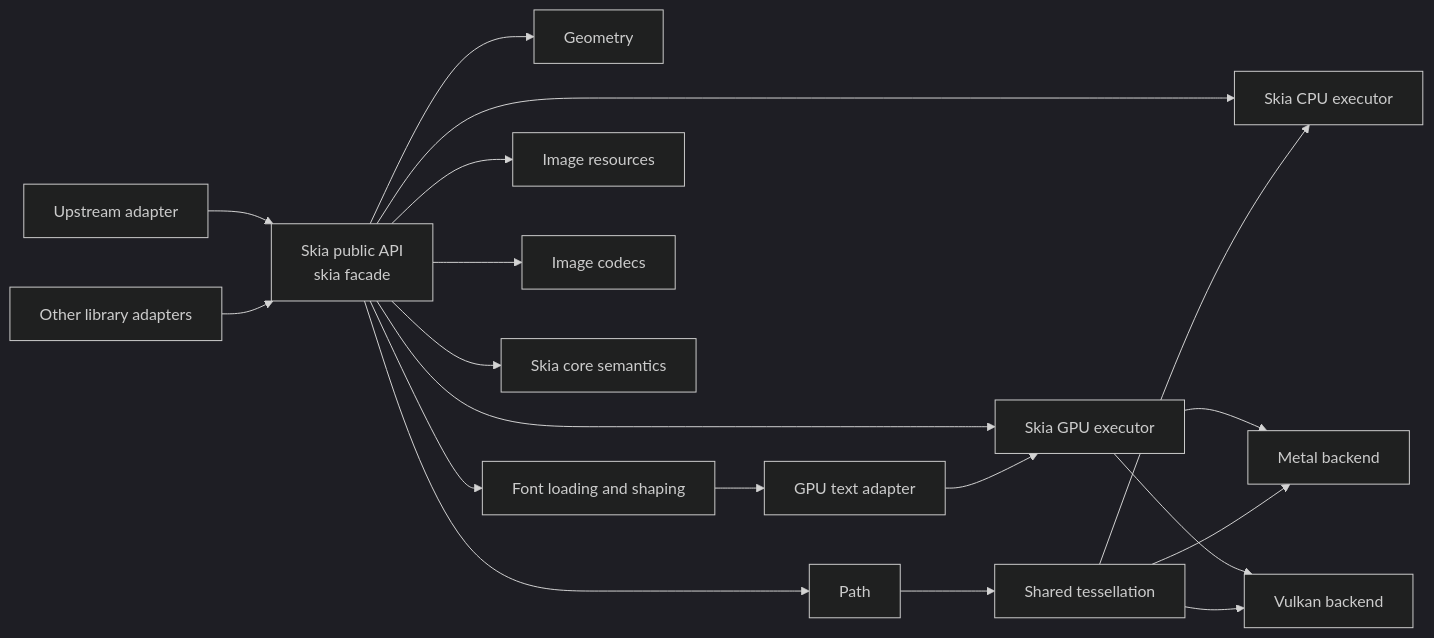
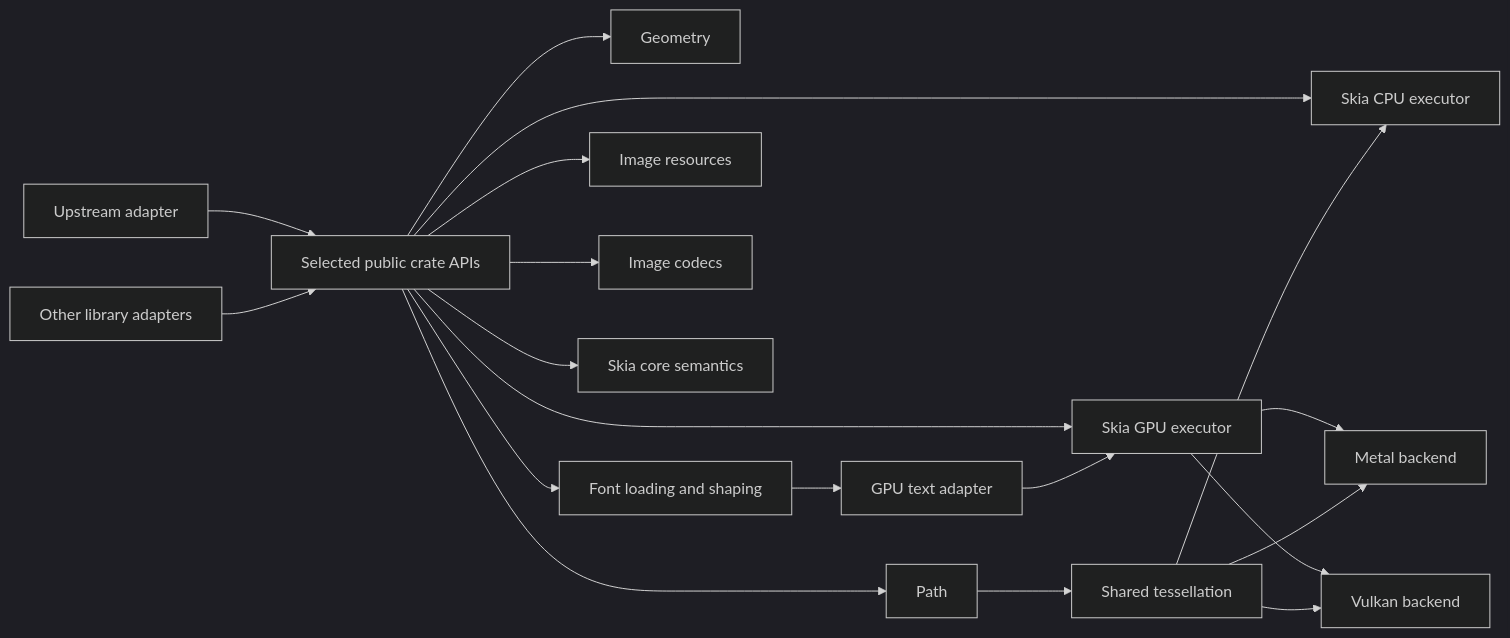
Before and after one commit to chogng/skia: the diagram in README.md, drawn with Mermaid (dark theme). The commit also changed other lines of this file and 28 other files, not shown here.

First line of the commit message:
refactor: retire root facade crate

````diff
--- a/README.md
+++ b/README.md
@@ -19,21 +19,21 @@
 ```mermaid
 flowchart LR
-  adapter["Upstream adapter"] --> api["Skia public API\nskia facade"]
+  adapter["Upstream adapter"] --> api["Selected public crate APIs"]
   other["Other library adapters"] --> api
   api --> geometry["Geometry"]
   api --> path["Path"]
   api --> text["Font loading and shaping"]
   api --> image["Image resources"]
   api --> codec["Image codecs"]
   api --> core["Skia core semantics"]
   api --> cpu["Skia CPU executor"]
   api --> gpu["Skia GPU executor"]
   gpu --> metal["Metal backend"]
   gpu --> vulkan["Vulkan backend"]
   path --> tessellation["Shared tessellation"]
   tessellation --> cpu
   tessellation --> metal
   tessellation --> vulkan
   text --> gpu_text["GPU text adapter"]
   gpu_text --> gpu
 ```
````
